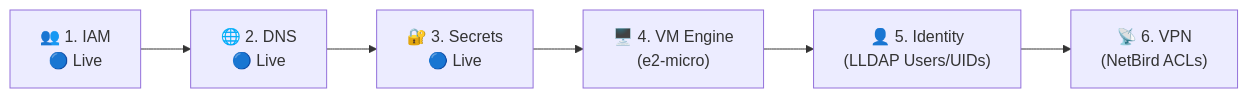
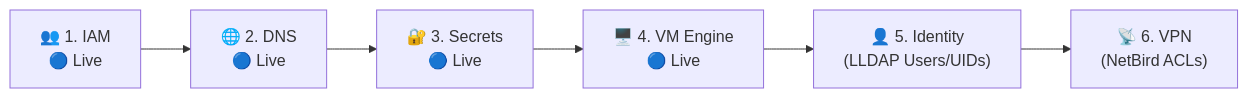
The diagram in mgmt/terraform/README.md (AIT-brainlab/brainlab-base), drawn with Mermaid before and after one commit. The commit also changed other lines of this file and 16 other files, not shown here.

````diff
--- a/mgmt/terraform/README.md
+++ b/mgmt/terraform/README.md
@@ -27,4 +27,4 @@
 ```mermaid
 flowchart LR
-    Seq1["👥 1. IAM<br/>🔵 Live"] --> Seq2["🌐 2. DNS<br/>🔵 Live"] --> Seq3["🔐 3. Secrets<br/>🔵 Live"] --> Seq4["🖥️ 4. VM Engine<br/>(e2-micro)"] --> Seq5["👤 5. Identity<br/>(LLDAP Users/UIDs)"] --> Seq6["📡 6. VPN<br/>(NetBird ACLs)"]
+    Seq1["👥 1. IAM<br/>🔵 Live"] --> Seq2["🌐 2. DNS<br/>🔵 Live"] --> Seq3["🔐 3. Secrets<br/>🔵 Live"] --> Seq4["🖥️ 4. VM Engine<br/>🔵 Live"] --> Seq5["👤 5. Identity<br/>(LLDAP Users/UIDs)"] --> Seq6["📡 6. VPN<br/>(NetBird ACLs)"]
 ```
````
